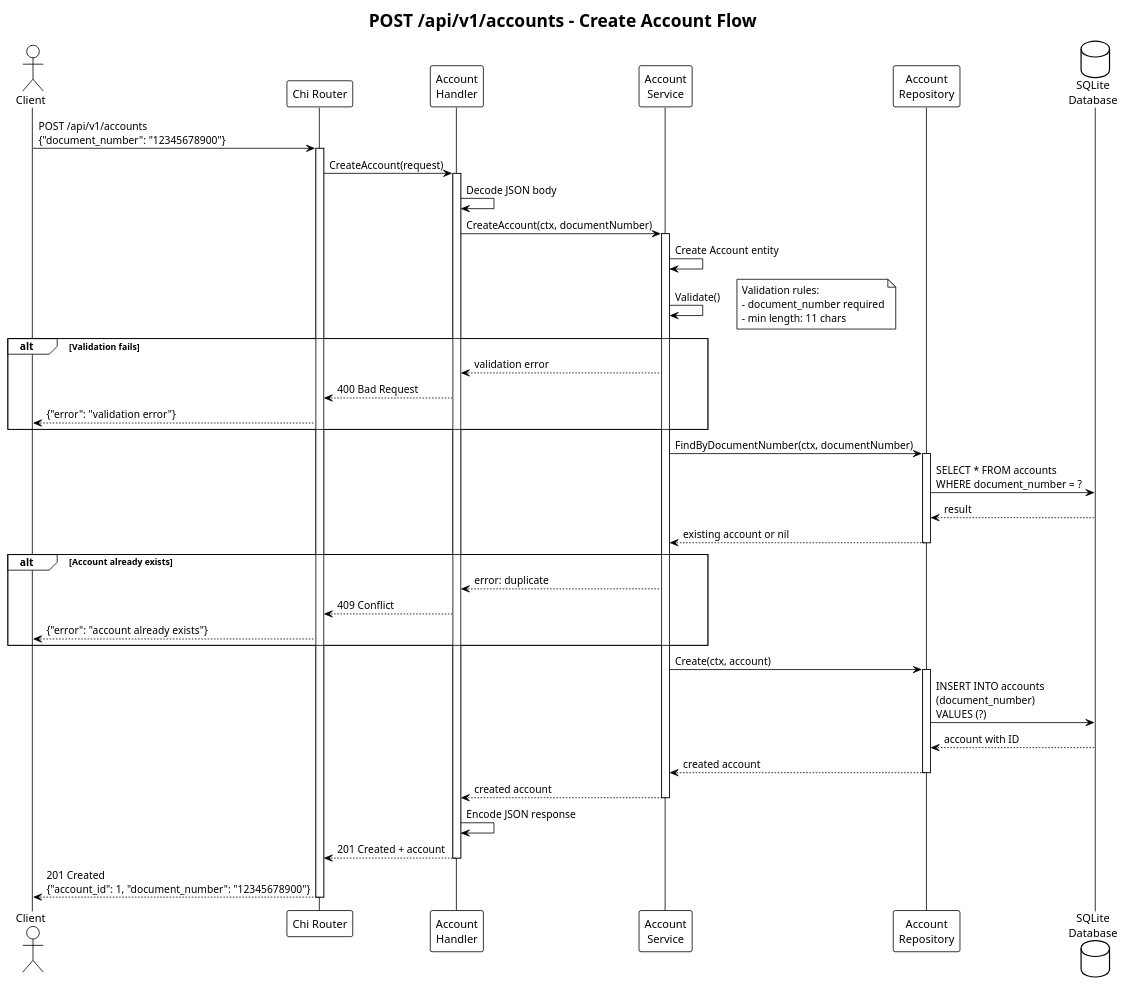
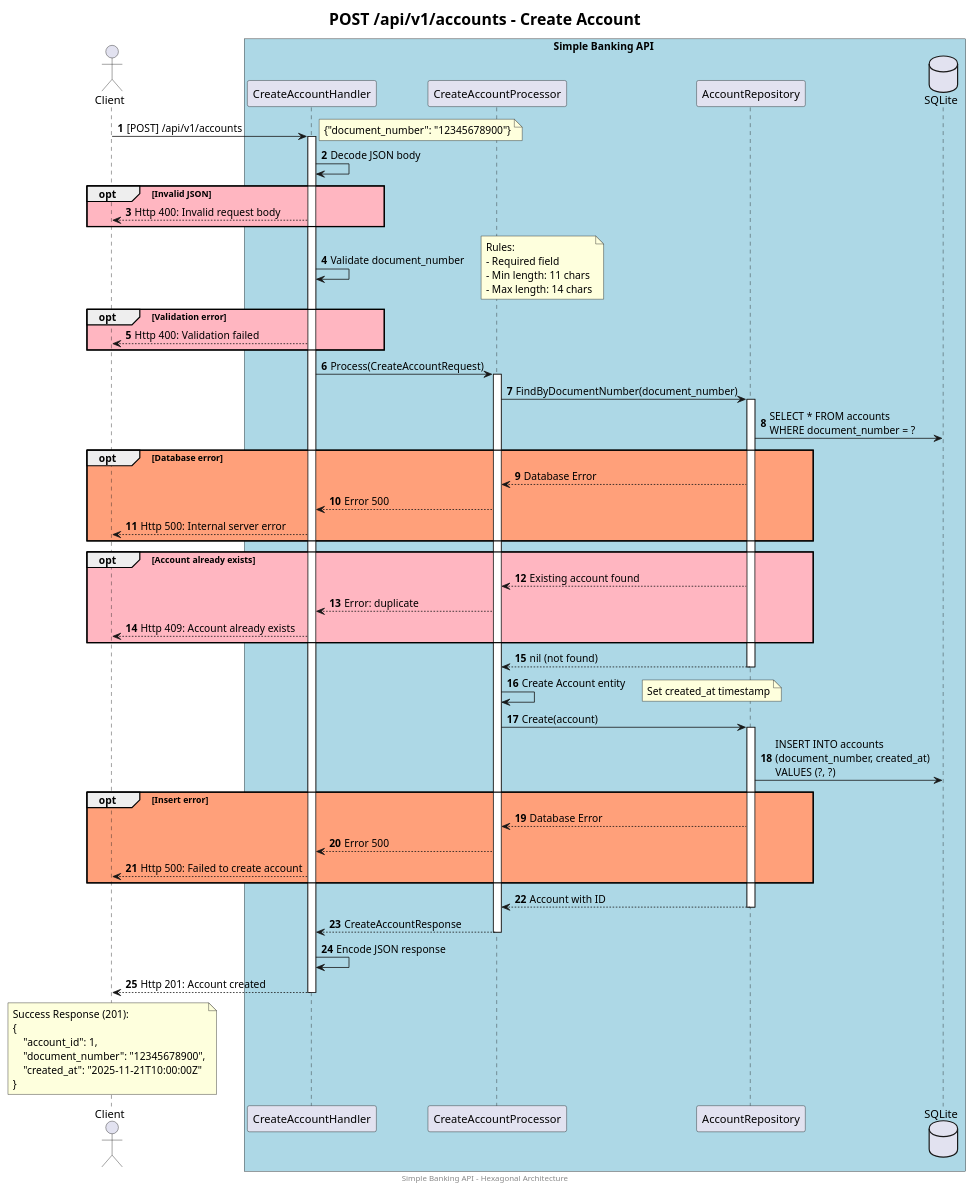
Before and after one commit to larissamartinsss/simple-banking-api: the diagram in docs/sequence-diagrams/endpoint-create-account.puml, drawn with PlantUML. The commit also changed 8 other files, not shown here.

Commit message:
update diagrams and generated image

```diff
--- a/docs/sequence-diagrams/endpoint-create-account.puml
+++ b/docs/sequence-diagrams/endpoint-create-account.puml
@@ -1,66 +1,94 @@
 @startuml create-account-sequence
-!theme plain
-title POST /api/v1/accounts - Create Account Flow
+footer Simple Banking API - Hexagonal Architecture
+title <size:20>POST /api/v1/accounts - Create Account</size>
+
+autonumber
 
 actor Client
-participant "Chi Router" as Router
-participant "Account\nHandler" as Handler
-participant "Account\nService" as Service
-participant "Account\nRepository" as Repo
-database "SQLite\nDatabase" as DB
 
-Client -> Router: POST /api/v1/accounts\n{"document_number": "12345678900"}
-activate Router
+box Simple Banking API #lightblue
+    participant "CreateAccountHandler" as Handler
+    participant "CreateAccountProcessor" as Processor
+    participant "AccountRepository" as Repo
+    database SQLite
+end box
 
-Router -> Handler: CreateAccount(request)
+Client -> Handler: [POST] /api/v1/accounts
+note right: {"document_number": "12345678900"}
+
 activate Handler
 
-Handler -> Handler: Decode JSON body
-Handler -> Service: CreateAccount(ctx, documentNumber)
-activate Service
+    Handler -> Handler: Decode JSON body
+    opt #LightPink Invalid JSON
+        Client <-- Handler: Http 400: Invalid request body
+    end
 
-Service -> Service: Create Account entity
-Service -> Service: Validate()
-note right
-  Validation rules:
-  - document_number required
-  - min length: 11 chars
+    Handler -> Handler: Validate document_number
+    note right
+        Rules:
+        - Required field
+        - Min length: 11 chars
+        - Max length: 14 chars
+    end note
+    
+    opt #LightPink Validation error
+        Client <-- Handler: Http 400: Validation failed
+    end
+
+    Handler -> Processor: Process(CreateAccountRequest)
+    activate Processor
+
+        Processor -> Repo: FindByDocumentNumber(document_number)
+        activate Repo
+            Repo -> SQLite: SELECT * FROM accounts\nWHERE document_number = ?
+            
+            opt #LightSalmon Database error
+                Processor <-- Repo: Database Error
+                Handler <-- Processor: Error 500
+                Client <-- Handler: Http 500: Internal server error
+            end
+            
+            opt #LightPink Account already exists
+                Processor <-- Repo: Existing account found
+                Handler <-- Processor: Error: duplicate
+                Client <-- Handler: Http 409: Account already exists
+            end
+            
+            Processor <-- Repo: nil (not found)
+        deactivate Repo
+
+        Processor -> Processor: Create Account entity
+        note right: Set created_at timestamp
+
+        Processor -> Repo: Create(account)
+        activate Repo
+            Repo -> SQLite: INSERT INTO accounts\n(document_number, created_at)\nVALUES (?, ?)
+            
+            opt #LightSalmon Insert error
+                Processor <-- Repo: Database Error
+                Handler <-- Processor: Error 500
+                Client <-- Handler: Http 500: Failed to create account
+            end
+            
+            Processor <-- Repo: Account with ID
+        deactivate Repo
+
+        Handler <-- Processor: CreateAccountResponse
+    deactivate Processor
+
+    Handler -> Handler: Encode JSON response
+
+    Client <-- Handler: Http 201: Account created
+
+deactivate Handler
+
+note over Client
+    Success Response (201):
+    {
+        "account_id": 1,
+        "document_number": "12345678900",
+        "created_at": "2025-11-21T10:00:00Z"
+    }
 end note
 
-alt Validation fails
-    Service --> Handler: validation error
-    Handler --> Router: 400 Bad Request
-    Router --> Client: {"error": "validation error"}
-end
-
-Service -> Repo: FindByDocumentNumber(ctx, documentNumber)
-activate Repo
-Repo -> DB: SELECT * FROM accounts\nWHERE document_number = ?
-DB --> Repo: result
-Repo --> Service: existing account or nil
-deactivate Repo
-
-alt Account already exists
-    Service --> Handler: error: duplicate
-    Handler --> Router: 409 Conflict
-    Router --> Client: {"error": "account already exists"}
-end
-
-Service -> Repo: Create(ctx, account)
-activate Repo
-Repo -> DB: INSERT INTO accounts\n(document_number)\nVALUES (?)
-DB --> Repo: account with ID
-Repo --> Service: created account
-deactivate Repo
-
-Service --> Handler: created account
-deactivate Service
-
-Handler -> Handler: Encode JSON response
-Handler --> Router: 201 Created + account
-deactivate Handler
-
-Router --> Client: 201 Created\n{"account_id": 1, "document_number": "12345678900"}
-deactivate Router
-
 @enduml
```
